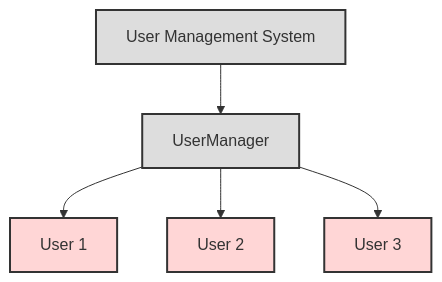
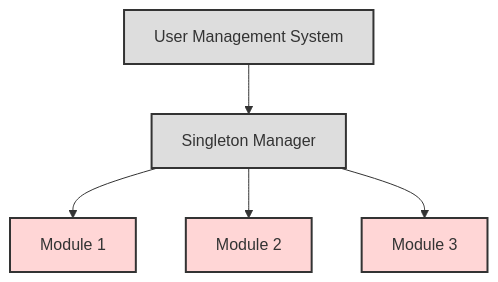
Before and after one commit to nguyenphuc22/Design-Patterns: the second of 3 diagrams in Writerside/topics/Singleton.md, drawn with Mermaid. The commit also changed other lines of this file and 4 other files, not shown here.

Commit message:
feat: Update IDE configuration, add Singleton pattern diagram, and refine Singleton documentation.

````diff
--- a/Writerside/topics/Singleton.md
+++ b/Writerside/topics/Singleton.md
@@ -34,16 +47,16 @@
 ```mermaid
 graph TD
 
-    A[User Management System] --> B[UserManager]
+    A[User Management System] --> B[Singleton Manager]
 
-    B --> C[User 1]
-    B --> D[User 2]
-    B --> E[User 3]
+    B --> C[Module 1]
+    B --> D[Module 2]
+    B --> E[Module 3]
 
     classDef grey fill:#dddddd,stroke:#333333,stroke-width:2px;
     classDef pink fill:#ffd6d6,stroke:#333,stroke-width:2px;
 
     class A grey
     class B grey
     class C,D,E pink
 ```
````
